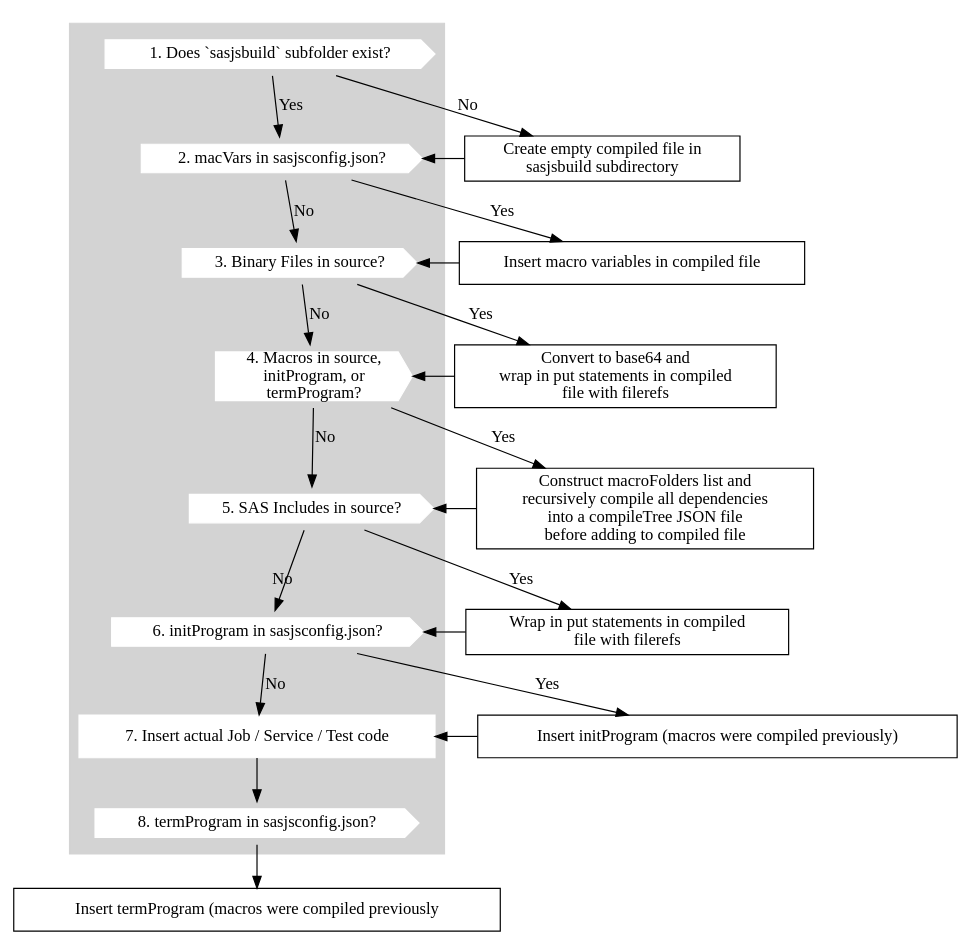
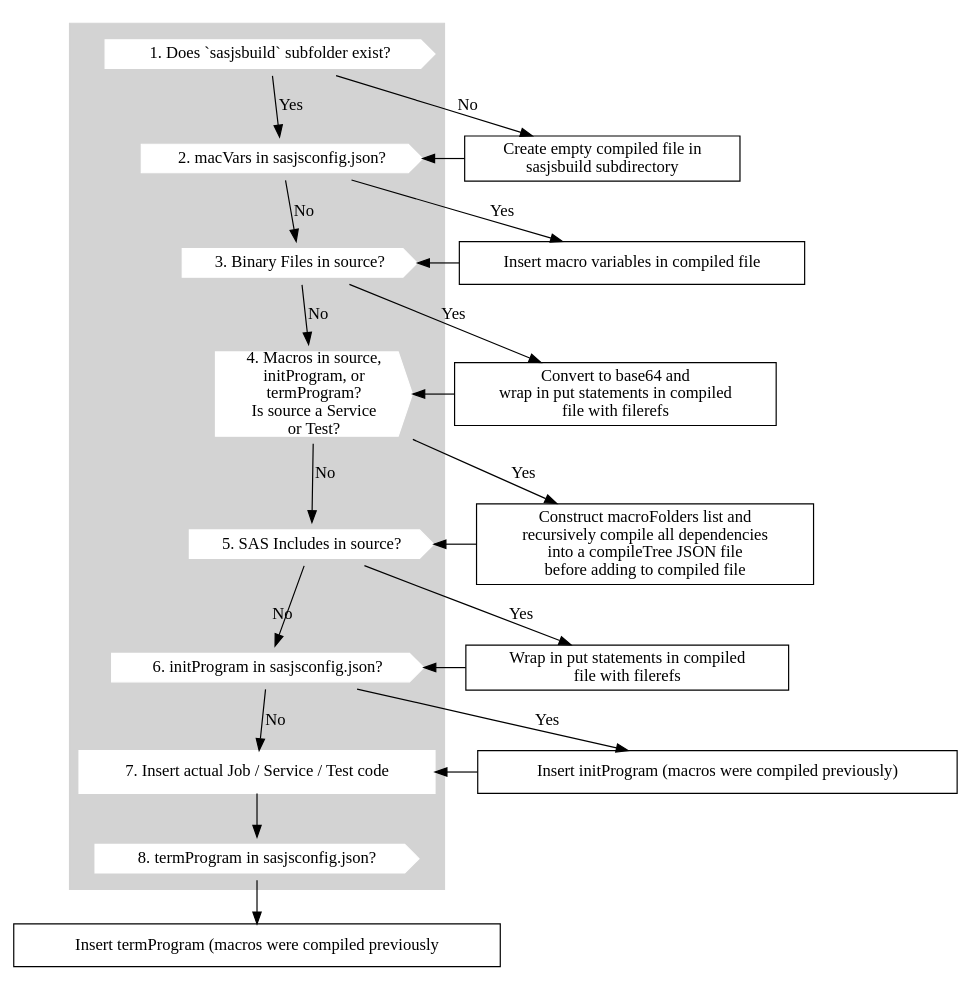
One commit to sasjs/cli.sasjs.io changed the diagram in docs/img/compile.dot. Above: the diagram before and after it, drawn with Graphviz. The commit also changed 1 other file, not shown here.

```diff
--- a/docs/img/compile.dot
+++ b/docs/img/compile.dot
@@ -1,52 +1,52 @@
 digraph G {
   splines="FALSE";
   rankdir="TD"
 
   /* Entities */
   subgraph cluster_0 {
     style="filled";
     color="lightgrey";
     node [style=filled,color=white];
     q1[label="1. Does `sasjsbuild` subfolder exist?", shape=cds];
     q2[label="2. macVars in sasjsconfig.json?",shape=cds ]
     q3[label="3. Binary Files in source?",shape=cds ]
-    q4[label="4. Macros in source, \ninitProgram, or \ntermProgram?",shape=cds ]
+    q4[label="4. Macros in source, \ninitProgram, or \ntermProgram?\nIs source a Service \nor Test?",shape=cds ]
     q5[label="5. SAS Includes in source?",shape=cds ]
     q6[label="6. initProgram in sasjsconfig.json?",shape=cds ]
     q7[label="7. Insert actual Job / Service / Test code", shape=box];
     q8[label="8. termProgram in sasjsconfig.json?",shape=cds ]
   }
 
-    a1[label="Create empty compiled file in \nsasjsbuild subdirectory", shape=box];
-    a2[label="Insert macro variables in compiled file", shape=box];
-    a3[label="Convert to base64 and \nwrap in put statements in compiled\n file with filerefs", shape=box];
-    a4[label="Construct macroFolders list and\n recursively compile all dependencies\n into a compileTree JSON file \nbefore adding to compiled file", shape=box];
-    a5[label="Wrap in put statements in compiled\n file with filerefs", shape=box];
-    a6[label="Insert initProgram (macros were compiled previously)", shape=box];
-    a8[label="Insert termProgram (macros were compiled previously", shape=box];
+  a1[label="Create empty compiled file in \nsasjsbuild subdirectory", shape=box];
+  a2[label="Insert macro variables in compiled file", shape=box];
+  a3[label="Convert to base64 and \nwrap in put statements in compiled\n file with filerefs", shape=box];
+  a4[label="Construct macroFolders list and\n recursively compile all dependencies\n into a compileTree JSON file \nbefore adding to compiled file", shape=box];
+  a5[label="Wrap in put statements in compiled\n file with filerefs", shape=box];
+  a6[label="Insert initProgram (macros were compiled previously)", shape=box];
+  a8[label="Insert termProgram (macros were compiled previously", shape=box];
 
   /* Relationships */
   q1 -> a1 [label="No"];
   q1 -> q2 [label="Yes"];
   a1 -> q2 ;
   q2 -> a2 [label="Yes"];
   q2 -> q3 [label="No"];
   a2 -> q3 ;
   q3 -> a3 [label="Yes"];
   q3 -> q4 [label="No"];
   a3 -> q4 ;
   q4 -> a4 [label="Yes"];
   q4 -> q5 [label="No"];
   a4 -> q5 ;
   q5 -> a5 [label="Yes"];
   q5 -> q6 [label="No"];
   a5 -> q6 ;
   q6 -> q7 [label="No"];
   q6 -> a6 [label="Yes"];
   a6 -> q7
   q7 -> q8 ;
   q8 -> a8 ;
 
   /* Ranks */
   { rank=same;  };
 }
```
